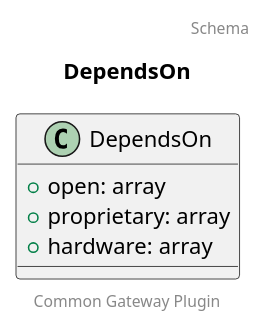
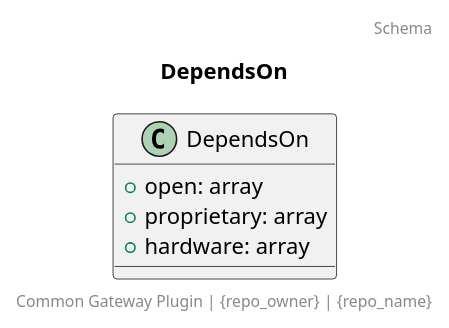
One commit to OpenCatalogi/OpenCatalogiBundle changed the diagram in docs/schema/DependsOn.puml. Above: the diagram before and after it, drawn with PlantUML. The commit also changed 23 other files, not shown here.

```diff
--- a/docs/schema/DependsOn.puml
+++ b/docs/schema/DependsOn.puml
@@ -1,11 +1,11 @@
 @startuml
 title: DependsOn
-footer: Common Gateway Plugin
+footer: Common Gateway Plugin | {repo_owner} | {repo_name} 
 header: Schema
 
 class DependsOn {
   + open: array
   + proprietary: array
   + hardware: array
 }
 @enduml
```
